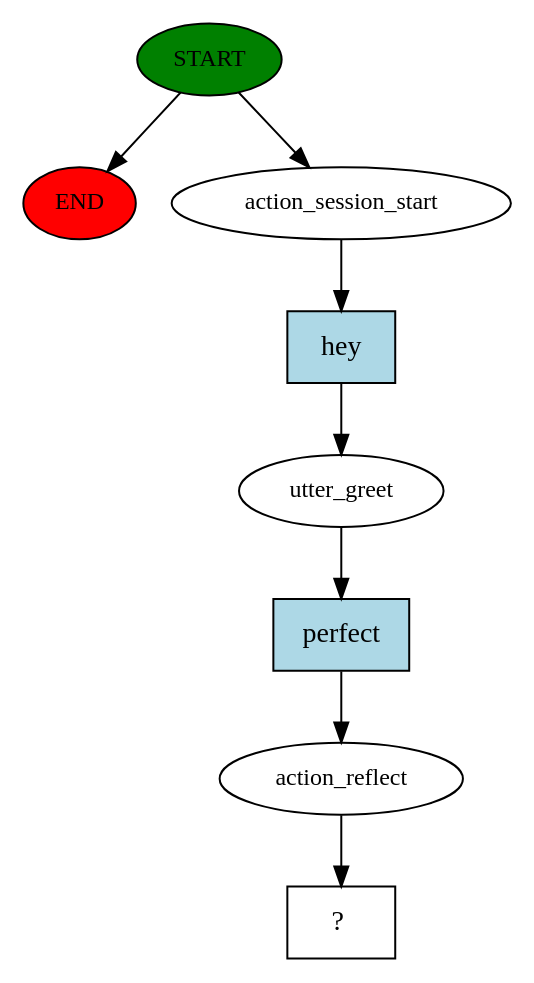
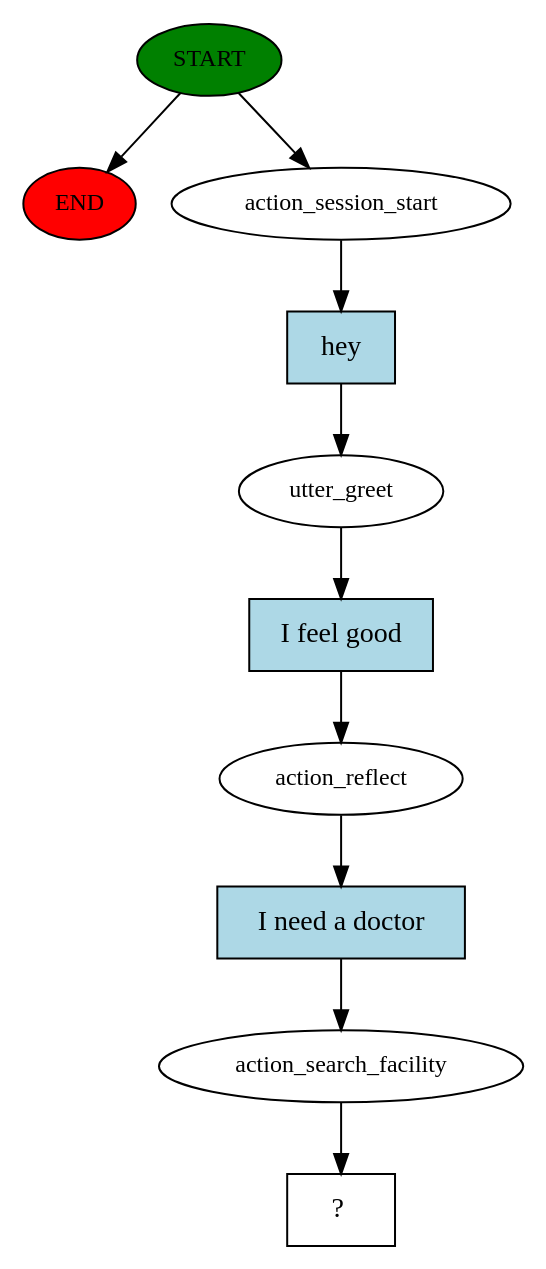
Before and after one commit to aadNM/senior-design: the diagram in rasa_complete/story_graph.dot, drawn with Graphviz. The commit also changed 7 other files, not shown here.

```diff
--- a/rasa_complete/story_graph.dot
+++ b/rasa_complete/story_graph.dot
@@ -1,17 +1,21 @@
 digraph  {
 0 [class="start active", fillcolor=green, fontsize=12, label=START, style=filled];
 "-1" [class=end, fillcolor=red, fontsize=12, label=END, style=filled];
 1 [class=active, fontsize=12, label=action_session_start];
 2 [class=active, fontsize=12, label=utter_greet];
 3 [class=active, fontsize=12, label=action_reflect];
-4 [class="intent dashed active", label="  ?  ", shape=rect];
-5 [class="intent active", fillcolor=lightblue, label=hey, shape=rect, style=filled];
-6 [class="intent active", fillcolor=lightblue, label=perfect, shape=rect, style=filled];
+4 [class=active, fontsize=12, label=action_search_facility];
+5 [class="intent dashed active", label="  ?  ", shape=rect];
+6 [class="intent active", fillcolor=lightblue, label=hey, shape=rect, style=filled];
+7 [class="intent active", fillcolor=lightblue, label="I feel good", shape=rect, style=filled];
+8 [class="intent active", fillcolor=lightblue, label="I need a doctor", shape=rect, style=filled];
 0 -> "-1"  [class="", key=NONE, label=""];
 0 -> 1  [class=active, key=NONE, label=""];
-1 -> 5  [class=active, key=0];
-2 -> 6  [class=active, key=0];
-3 -> 4  [class=active, key=NONE, label=""];
-5 -> 2  [class=active, key=0];
-6 -> 3  [class=active, key=0];
+1 -> 6  [class=active, key=0];
+2 -> 7  [class=active, key=0];
+3 -> 8  [class=active, key=0];
+4 -> 5  [class=active, key=NONE, label=""];
+6 -> 2  [class=active, key=0];
+7 -> 3  [class=active, key=0];
+8 -> 4  [class=active, key=0];
 }
```
